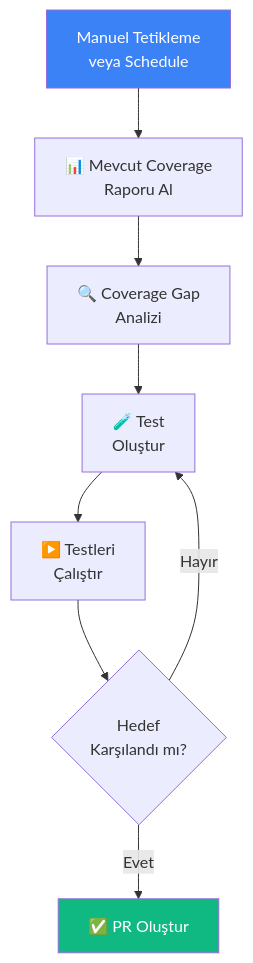
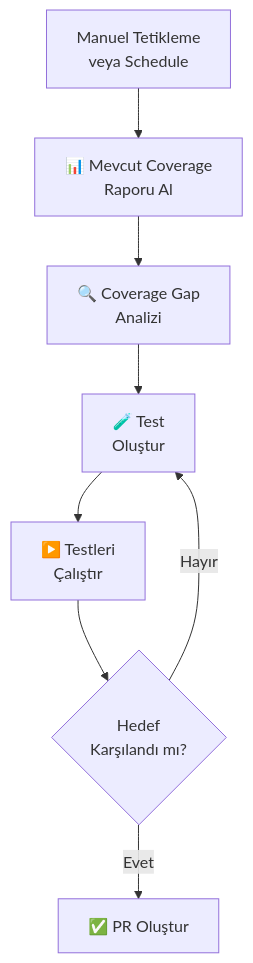
The fourth of 7 diagrams in 16-cicd-ve-devops/05-otomasyon-tarifleri.md (IzzetYasinAtes/ClaudeCodeHandbook), drawn with Mermaid before and after one commit. The commit also changed other lines of this file and 97 other files, not shown here.

Commit message:
Remove all custom Mermaid style/fill colors from 98 markdown files for consistent dark theme rendering

````diff
--- a/16-cicd-ve-devops/05-otomasyon-tarifleri.md
+++ b/16-cicd-ve-devops/05-otomasyon-tarifleri.md
@@ -259,14 +250,12 @@
 ```mermaid
 flowchart TB
     TRIG["Manuel Tetikleme<br/>veya Schedule"]
     TRIG --> COV["📊 Mevcut Coverage<br/>Raporu Al"]
     COV --> ANALYZE["🔍 Coverage Gap<br/>Analizi"]
     ANALYZE --> GEN["🧪 Test<br/>Oluştur"]
     GEN --> RUN["▶️ Testleri<br/>Çalıştır"]
     RUN --> CHECK{"Hedef<br/>Karşılandı mı?"}
     CHECK -->|Evet| PR["✅ PR Oluştur"]
     CHECK -->|Hayır| GEN
     
-    style TRIG fill:#3B82F6,color:#fff
-    style PR fill:#10B981,color:#fff
 ```
````
